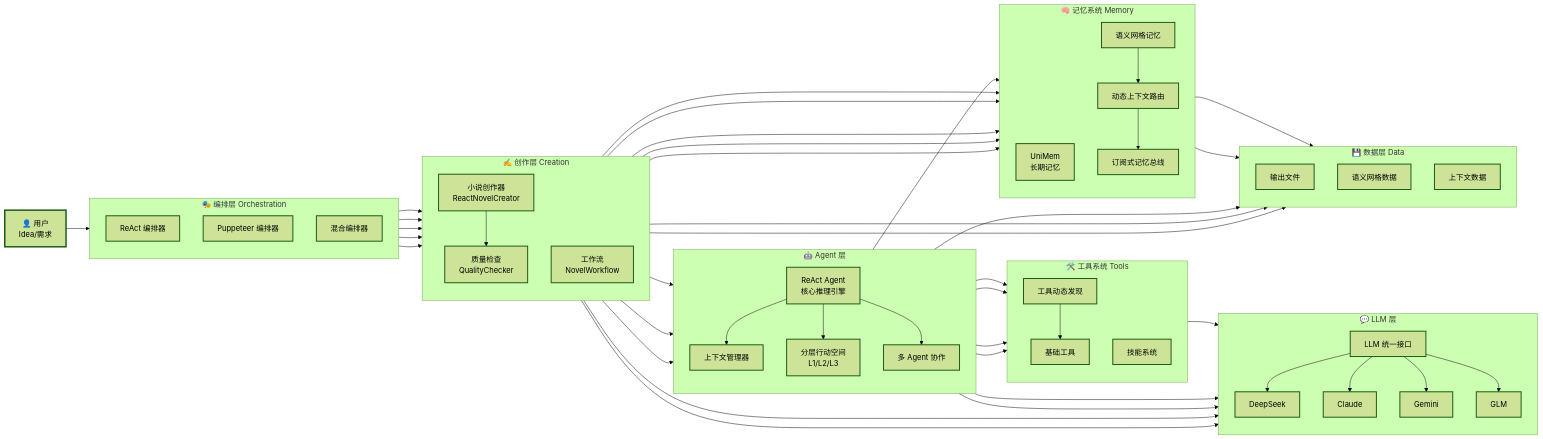
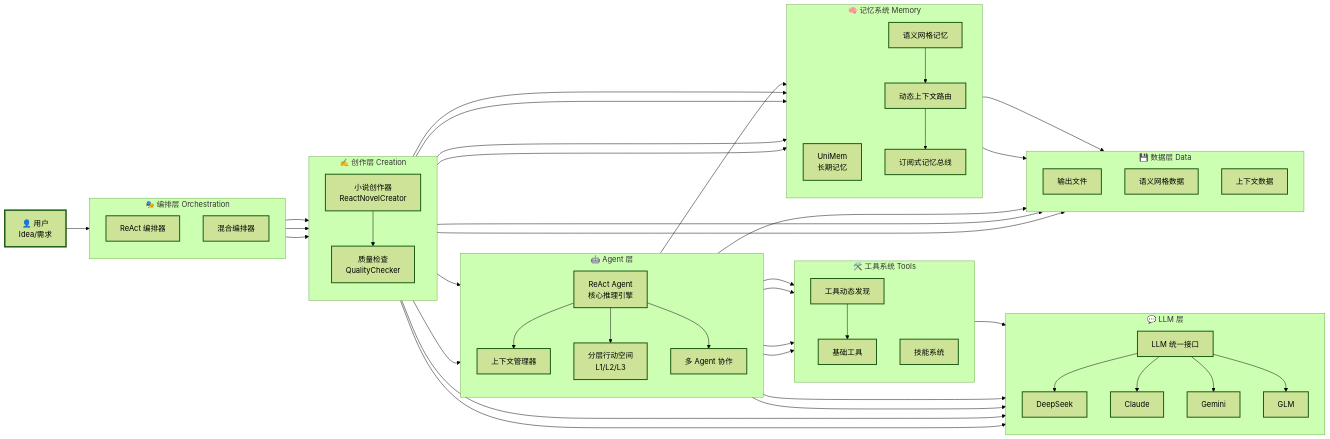
The first of 2 diagrams in src/README.md (Decalogue/creator), drawn with Mermaid (forest theme) before and after one commit. The commit also changed other lines of this file and 12 other files, not shown here.

```diff
--- a/src/README.md
+++ b/src/README.md
@@ -38,7 +38,6 @@
     subgraph Orchestration["🎭 编排层 Orchestration"]
         direction TB
         ReAct[ReAct 编排器]:::orchestration
-        Puppeteer[Puppeteer 编排器]:::orchestration
         Hybrid[混合编排器]:::orchestration
     end
     
@@ -46,7 +45,6 @@
     subgraph Creation["✍️ 创作层 Creation"]
         direction TB
         NovelCreator[小说创作器<br/>ReactNovelCreator]:::creation
-        Workflow[工作流<br/>NovelWorkflow]:::creation
         Quality[质量检查<br/>QualityChecker]:::creation
     end
     
@@ -106,14 +104,11 @@
     
     %% 编排层内部连接
     ReAct --> NovelCreator
-    Puppeteer --> Workflow
     Hybrid --> NovelCreator
-    Hybrid --> Workflow
     
     %% 创作层内部连接
     NovelCreator --> Quality
     NovelCreator --> ReActAgent
-    Workflow --> ReActAgent
     
     %% Agent 层内部连接
     ReActAgent --> ContextMgr
@@ -131,7 +126,6 @@
     NovelCreator --> ContextRouter
     NovelCreator --> PubSub
     NovelCreator --> UniMem
-    Workflow --> UniMem
     SemanticMesh --> ContextRouter
     ContextRouter --> PubSub
     
```
